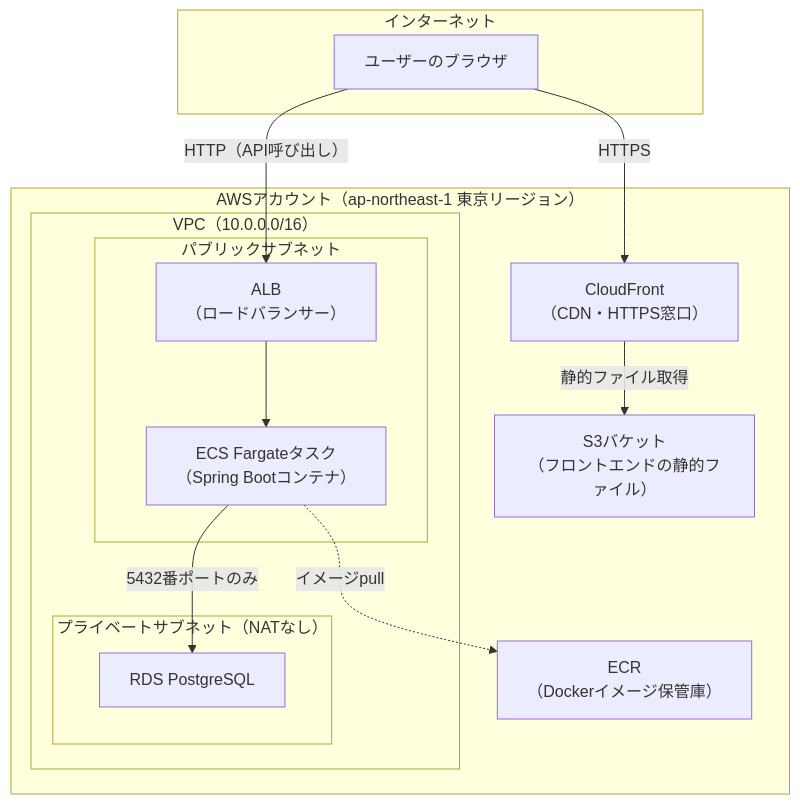
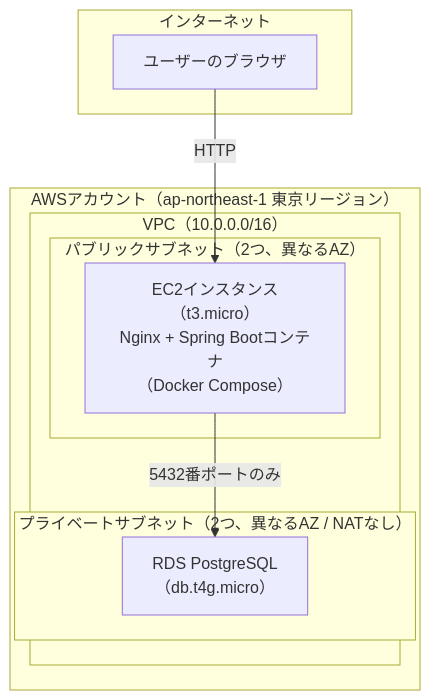
One commit to tomo-taka108/taskmanagement changed the diagram in docs/aws-deployment/00-overview.md. Above: the diagram before and after it, drawn with Mermaid. The commit also changed other lines of this file and 5 other files, not shown here.

````diff
--- a/docs/aws-deployment/00-overview.md
+++ b/docs/aws-deployment/00-overview.md
@@ -55,30 +57,20 @@
 ```mermaid
 flowchart TB
     subgraph Internet["インターネット"]
         User["ユーザーのブラウザ"]
     end
 
     subgraph AWS["AWSアカウント（ap-northeast-1 東京リージョン）"]
-        CF["CloudFront<br/>（CDN・HTTPS窓口）"]
-        S3["S3バケット<br/>（フロントエンドの静的ファイル）"]
-
         subgraph VPC["VPC（10.0.0.0/16）"]
-            subgraph Public["パブリックサブネット"]
-                ALB["ALB<br/>（ロードバランサー）"]
-                ECS["ECS Fargateタスク<br/>（Spring Bootコンテナ）"]
+            subgraph Public["パブリックサブネット（2つ、異なるAZ）"]
+                EC2["EC2インスタンス（t3.micro）<br/>Nginx + Spring Bootコンテナ<br/>（Docker Compose）"]
             end
-            subgraph Private["プライベートサブネット（NATなし）"]
-                RDS["RDS PostgreSQL"]
+            subgraph Private["プライベートサブネット（2つ、異なるAZ / NATなし）"]
+                RDS["RDS PostgreSQL<br/>（db.t4g.micro）"]
             end
         end
-
-        ECR["ECR<br/>（Dockerイメージ保管庫）"]
     end
 
-    User -->|"HTTPS"| CF
-    CF -->|"静的ファイル取得"| S3
-    User -->|"HTTP（API呼び出し）"| ALB
-    ALB --> ECS
-    ECS -->|"5432番ポートのみ"| RDS
-    ECS -.->|"イメージpull"| ECR
+    User -->|"HTTP"| EC2
+    EC2 -->|"5432番ポートのみ"| RDS
 ```
````
